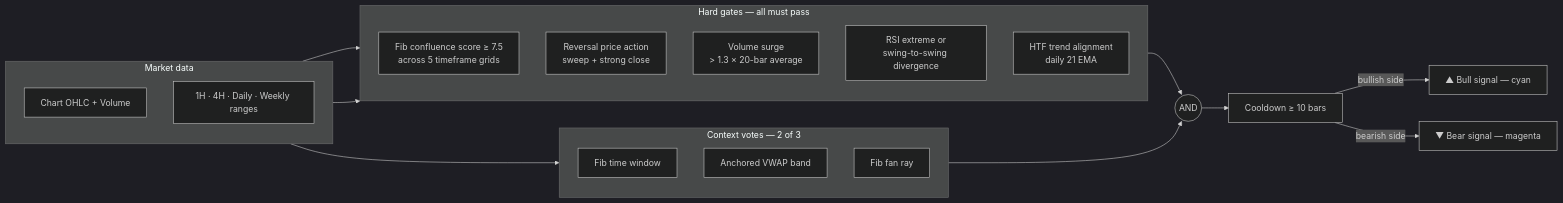
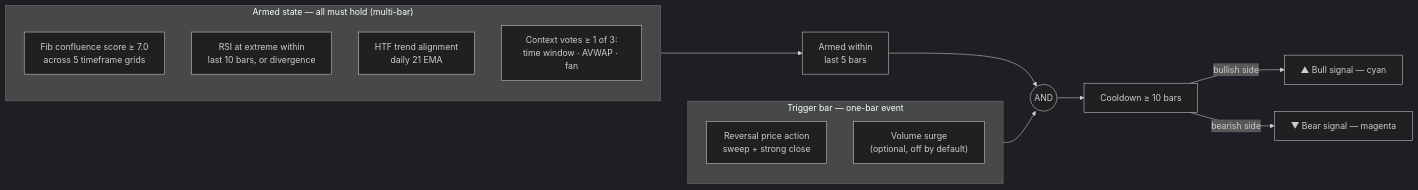
Before and after one commit to eliastsiro22-tech/The-Federals: the diagram in README.md, drawn with Mermaid (dark theme). The commit also changed other lines of this file and 5 other files, not shown here.

````diff
--- a/README.md
+++ b/README.md
@@ -28,33 +30,23 @@
 ```mermaid
 flowchart LR
-    subgraph DATA["Market data"]
+    subgraph ARM["Armed state — all must hold (multi-bar)"]
         direction TB
-        OHLC["Chart OHLC + Volume"]
-        MTF["1H · 4H · Daily · Weekly ranges"]
+        A1["Fib confluence score ≥ 7.0<br/>across 5 timeframe grids"]
+        A2["RSI at extreme within<br/>last 10 bars, or divergence"]
+        A3["HTF trend alignment<br/>daily 21 EMA"]
+        A4["Context votes ≥ 1 of 3:<br/>time window · AVWAP · fan"]
     end
 
-    subgraph HARD["Hard gates — all must pass"]
+    subgraph TRIG["Trigger bar — one-bar event"]
         direction TB
-        G1["Fib confluence score ≥ 7.5<br/>across 5 timeframe grids"]
-        G2["Reversal price action<br/>sweep + strong close"]
-        G3["Volume surge<br/>&gt; 1.3 × 20-bar average"]
-        G4["RSI extreme or<br/>swing-to-swing divergence"]
-        G5["HTF trend alignment<br/>daily 21 EMA"]
+        T1["Reversal price action<br/>sweep + strong close"]
+        T2["Volume surge<br/>(optional, off by default)"]
     end
 
-    subgraph CTX["Context votes — 2 of 3"]
-        direction TB
-        C1["Fib time window"]
-        C2["Anchored VWAP band"]
-        C3["Fib fan ray"]
-    end
-
-    OHLC --> HARD
-    MTF --> HARD
-    OHLC --> CTX
-    HARD --> AND(("AND"))
-    CTX --> AND
+    ARM --> WIN["Armed within<br/>last 5 bars"]
+    WIN --> AND(("AND"))
+    TRIG --> AND
     AND --> CD["Cooldown ≥ 10 bars"]
     CD -->|bullish side| BULL["▲ Bull signal — cyan"]
     CD -->|bearish side| BEAR["▼ Bear signal — magenta"]
 ```
````
